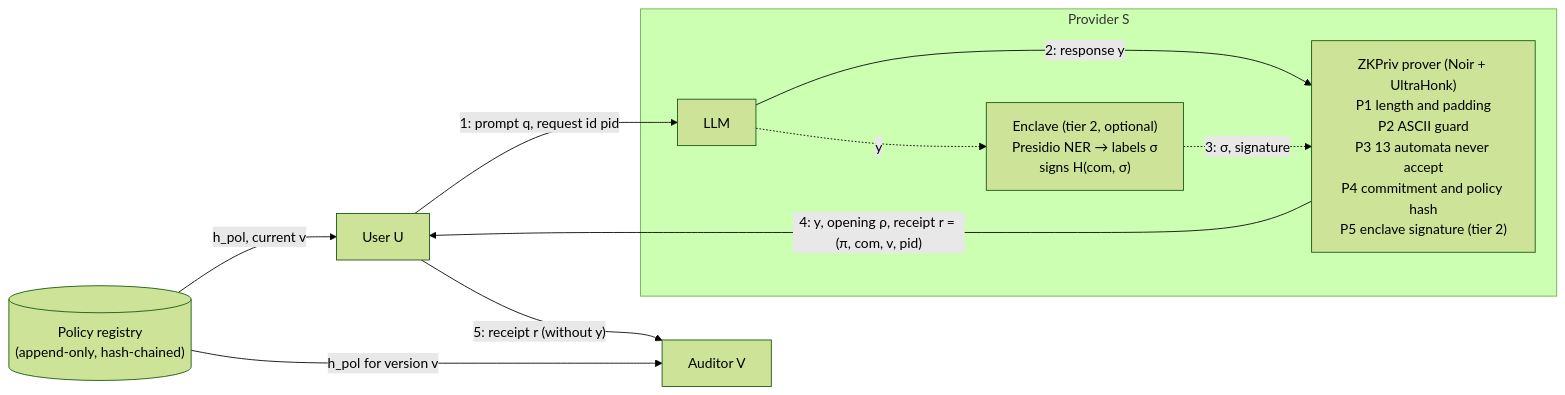
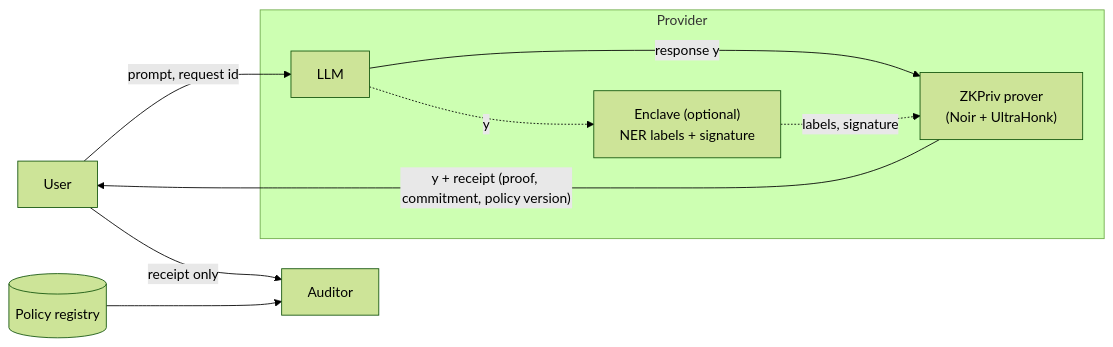
The first of 2 diagrams in README.md (Huzzzaif/llm-pii-zkproof), drawn with Mermaid (forest theme) before and after one commit. The commit also changed other lines of this file and 3 other files, not shown here.

````diff
--- a/README.md
+++ b/README.md
@@ -49,13 +20,12 @@
 ```mermaid
 flowchart LR
-    U["User U"] -- "1: prompt q, request id pid" --> LLM
-    subgraph S["Provider S"]
-        LLM["LLM"] -- "2: response y" --> P
-        LLM -. "y" .-> E["Enclave (tier 2, optional)<br/>Presidio NER → labels σ<br/>signs H(com, σ)"]
-        E -. "3: σ, signature" .-> P["ZKPriv prover (Noir + UltraHonk)<br/>P1 length and padding<br/>P2 ASCII guard<br/>P3 13 automata never accept<br/>P4 commitment and policy hash<br/>P5 enclave signature (tier 2)"]
+    U["User"] -- "prompt, request id" --> LLM
+    subgraph Provider
+        LLM["LLM"] -- "response y" --> P["ZKPriv prover<br/>(Noir + UltraHonk)"]
+        LLM -. "y" .-> E["Enclave (optional)<br/>NER labels + signature"]
+        E -. "labels, signature" .-> P
     end
-    P -- "4: y, opening ρ, receipt r = (π, com, v, pid)" --> U
-    U -- "5: receipt r (without y)" --> A["Auditor V"]
-    R[("Policy registry<br/>(append-only, hash-chained)")] -- "h_pol for version v" --> A
-    R -- "h_pol, current v" --> U
+    P -- "y + receipt (proof, commitment, policy version)" --> U
+    U -- "receipt only" --> A["Auditor"]
+    R[("Policy registry")] --> A
 ```
````
